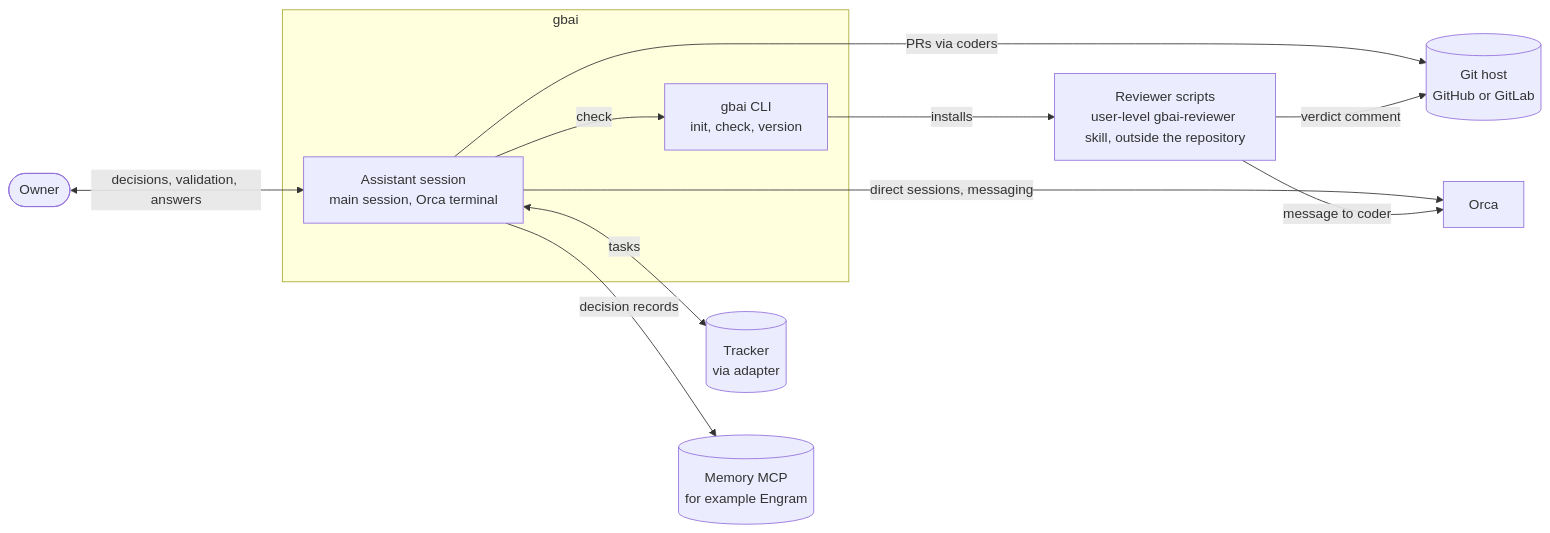
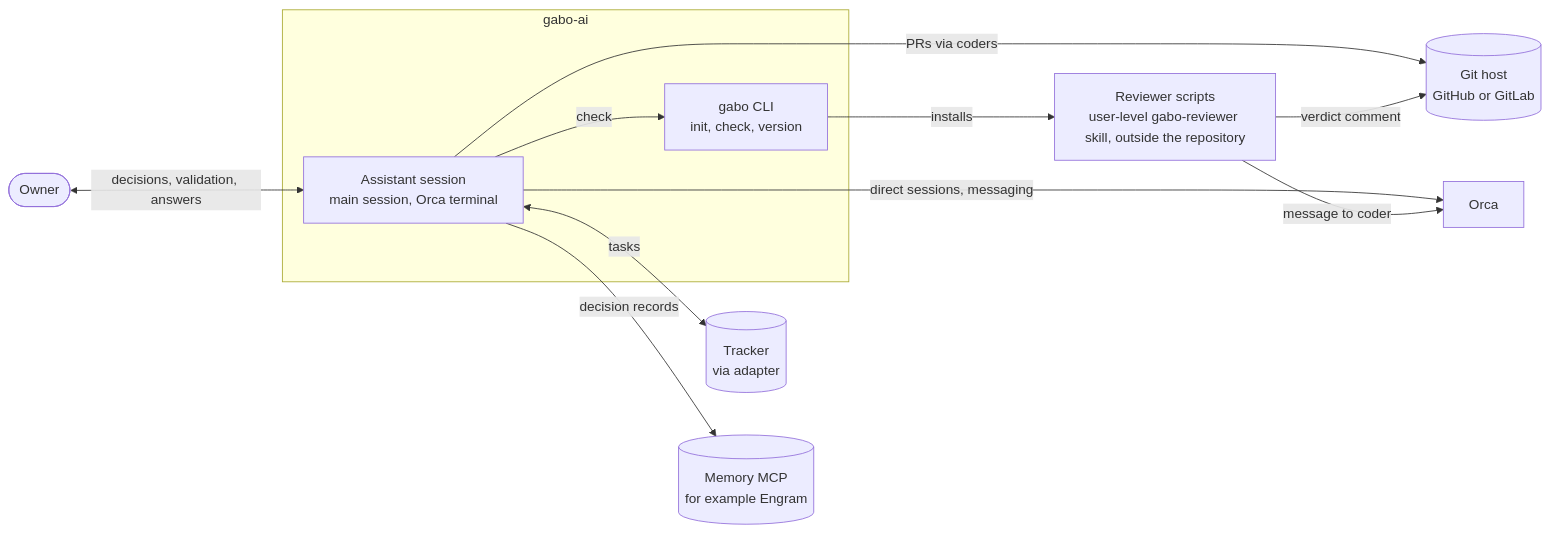
One commit to testeos-z/gabo-ai changed the first of 5 diagrams in docs/product/TRD.md. Above: the diagram before and after it, drawn with Mermaid. The commit also changed other lines of this file and 14 other files, not shown here.

````diff
--- a/docs/product/TRD.md
+++ b/docs/product/TRD.md
@@ -80,23 +80,23 @@
 ```mermaid
 flowchart LR
   owner([Owner])
-  subgraph gbai[gbai]
+  subgraph gaboai[gabo-ai]
     assistant[Assistant session<br/>main session, Orca terminal]
-    cli[gbai CLI<br/>init, check, version]
+    cli[gabo CLI<br/>init, check, version]
   end
-  reviewer[Reviewer scripts<br/>user-level gbai-reviewer skill, outside the repository]
+  reviewer[Reviewer scripts<br/>user-level gabo-reviewer skill, outside the repository]
   tracker[(Tracker<br/>via adapter)]
   githost[(Git host<br/>GitHub or GitLab)]
   orca[Orca]
   memory[(Memory MCP<br/>for example Engram)]
 
   owner <-->|decisions, validation, answers| assistant
   assistant -->|check| cli
   assistant <-->|tasks| tracker
   assistant -->|decision records| memory
   assistant -->|direct sessions, messaging| orca
   assistant -->|PRs via coders| githost
   reviewer -->|verdict comment| githost
   reviewer -->|message to coder| orca
   cli -->|installs| reviewer
 ```
````
